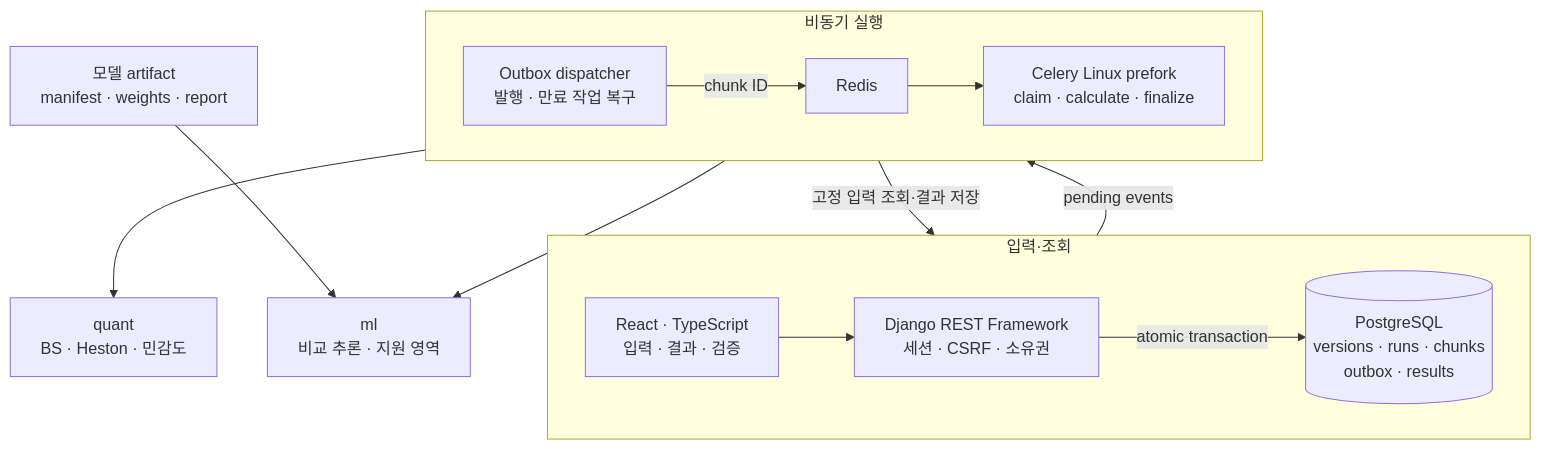
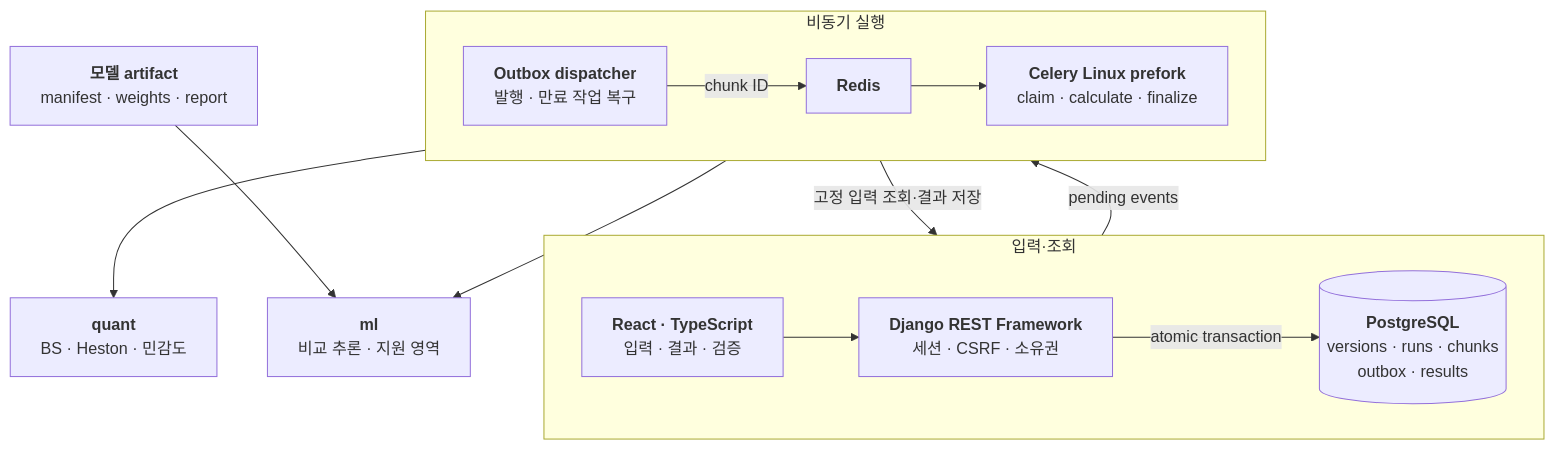
One commit to limbj/option-risk-platform changed the diagram in README.md. Above: the diagram before and after it, drawn with Mermaid.

Commit message:
Emphasize component titles in execution diagram

````diff
--- a/README.md
+++ b/README.md
@@ -49,18 +49,18 @@
 ```mermaid
 flowchart TB
     subgraph HTTP["입력·조회"]
         direction LR
-        UI["React · TypeScript<br/>입력 · 결과 · 검증"] --> API["Django REST Framework<br/>세션 · CSRF · 소유권"]
-        API -->|atomic transaction| DB[("PostgreSQL<br/>versions · runs · chunks<br/>outbox · results")]
+        UI["<b>React · TypeScript</b><br/>입력 · 결과 · 검증"] --> API["<b>Django REST Framework</b><br/>세션 · CSRF · 소유권"]
+        API -->|atomic transaction| DB[("<b>PostgreSQL</b><br/>versions · runs · chunks<br/>outbox · results")]
     end
     subgraph JOBS["비동기 실행"]
         direction LR
-        DIS["Outbox dispatcher<br/>발행 · 만료 작업 복구"] -->|chunk ID| RED["Redis"]
-        RED --> WORK["Celery Linux prefork<br/>claim · calculate · finalize"]
+        DIS["<b>Outbox dispatcher</b><br/>발행 · 만료 작업 복구"] -->|chunk ID| RED["<b>Redis</b>"]
+        RED --> WORK["<b>Celery Linux prefork</b><br/>claim · calculate · finalize"]
     end
     DB -->|pending events| DIS
     WORK -->|고정 입력 조회·결과 저장| DB
-    WORK --> QUANT["quant<br/>BS · Heston · 민감도"]
-    WORK --> ML["ml<br/>비교 추론 · 지원 영역"]
-    ART["모델 artifact<br/>manifest · weights · report"] --> ML
+    WORK --> QUANT["<b>quant</b><br/>BS · Heston · 민감도"]
+    WORK --> ML["<b>ml</b><br/>비교 추론 · 지원 영역"]
+    ART["<b>모델 artifact</b><br/>manifest · weights · report"] --> ML
 ```
````
